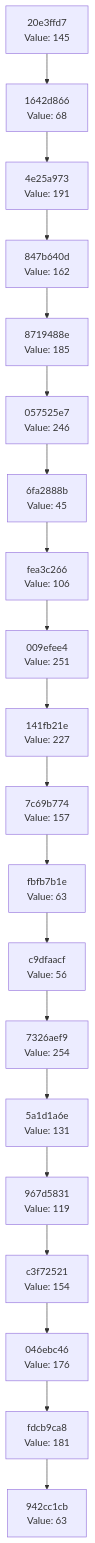
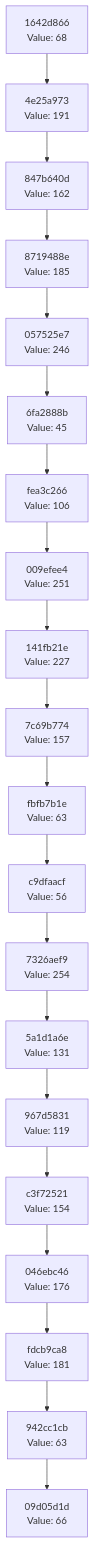
One commit to Abhisheksinha1506/hash-chain-evolver changed the diagram in docs/CHAIN_VISUALIZATION.md. Above: the diagram before and after it, drawn with Mermaid. The commit also changed 3 other files, not shown here.

````diff
--- a/docs/CHAIN_VISUALIZATION.md
+++ b/docs/CHAIN_VISUALIZATION.md
@@ -3,42 +3,42 @@
 ```mermaid
 graph TD
-    C0["942cc1cb<br/>Value: 63"]
-    C1["fdcb9ca8<br/>Value: 181"]
+    C0["09d05d1d<br/>Value: 66"]
+    C1["942cc1cb<br/>Value: 63"]
     C1 --> C0
-    C2["046ebc46<br/>Value: 176"]
+    C2["fdcb9ca8<br/>Value: 181"]
     C2 --> C1
-    C3["c3f72521<br/>Value: 154"]
+    C3["046ebc46<br/>Value: 176"]
     C3 --> C2
-    C4["967d5831<br/>Value: 119"]
+    C4["c3f72521<br/>Value: 154"]
     C4 --> C3
-    C5["5a1d1a6e<br/>Value: 131"]
+    C5["967d5831<br/>Value: 119"]
     C5 --> C4
-    C6["7326aef9<br/>Value: 254"]
+    C6["5a1d1a6e<br/>Value: 131"]
     C6 --> C5
-    C7["c9dfaacf<br/>Value: 56"]
+    C7["7326aef9<br/>Value: 254"]
     C7 --> C6
-    C8["fbfb7b1e<br/>Value: 63"]
+    C8["c9dfaacf<br/>Value: 56"]
     C8 --> C7
-    C9["7c69b774<br/>Value: 157"]
+    C9["fbfb7b1e<br/>Value: 63"]
     C9 --> C8
-    C10["141fb21e<br/>Value: 227"]
+    C10["7c69b774<br/>Value: 157"]
     C10 --> C9
-    C11["009efee4<br/>Value: 251"]
+    C11["141fb21e<br/>Value: 227"]
     C11 --> C10
-    C12["fea3c266<br/>Value: 106"]
+    C12["009efee4<br/>Value: 251"]
     C12 --> C11
-    C13["6fa2888b<br/>Value: 45"]
+    C13["fea3c266<br/>Value: 106"]
     C13 --> C12
-    C14["057525e7<br/>Value: 246"]
+    C14["6fa2888b<br/>Value: 45"]
     C14 --> C13
-    C15["8719488e<br/>Value: 185"]
+    C15["057525e7<br/>Value: 246"]
     C15 --> C14
-    C16["847b640d<br/>Value: 162"]
+    C16["8719488e<br/>Value: 185"]
     C16 --> C15
-    C17["4e25a973<br/>Value: 191"]
+    C17["847b640d<br/>Value: 162"]
     C17 --> C16
-    C18["1642d866<br/>Value: 68"]
+    C18["4e25a973<br/>Value: 191"]
     C18 --> C17
-    C19["20e3ffd7<br/>Value: 145"]
+    C19["1642d866<br/>Value: 68"]
     C19 --> C18
 ```
````
